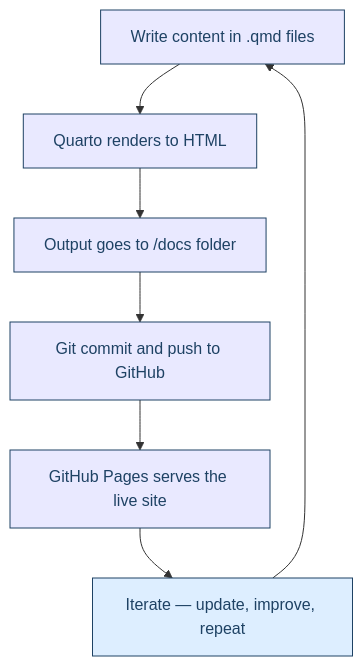
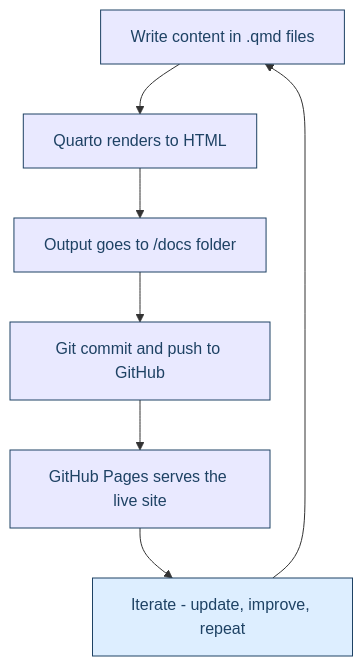
The diagram in reflection.qmd (martinas-jucysbrady/martinas-jucysbrady.github.io), drawn with Mermaid before and after one commit. The commit also changed other lines of this file and 13 other files, not shown here.

````diff
--- a/reflection.qmd
+++ b/reflection.qmd
@@ -43,16 +43,16 @@
 ```{mermaid}
 flowchart TD
     A[Write content in .qmd files] --> B[Quarto renders to HTML]
     B --> C[Output goes to /docs folder]
     C --> D[Git commit and push to GitHub]
     D --> E[GitHub Pages serves the live site]
-    E --> F[Iterate — update, improve, repeat]
+    E --> F[Iterate - update, improve, repeat]
     F --> A
 
     style A fill:#e9e9ff,stroke:#1E4264,color:#1E4264
     style B fill:#e9e9ff,stroke:#1E4264,color:#1E4264
     style C fill:#e9e9ff,stroke:#1E4264,color:#1E4264
     style D fill:#e9e9ff,stroke:#1E4264,color:#1E4264
     style E fill:#e9e9ff,stroke:#1E4264,color:#1E4264
     style F fill:#ddeeff,stroke:#1E4264,color:#1E4264
 ```
````
